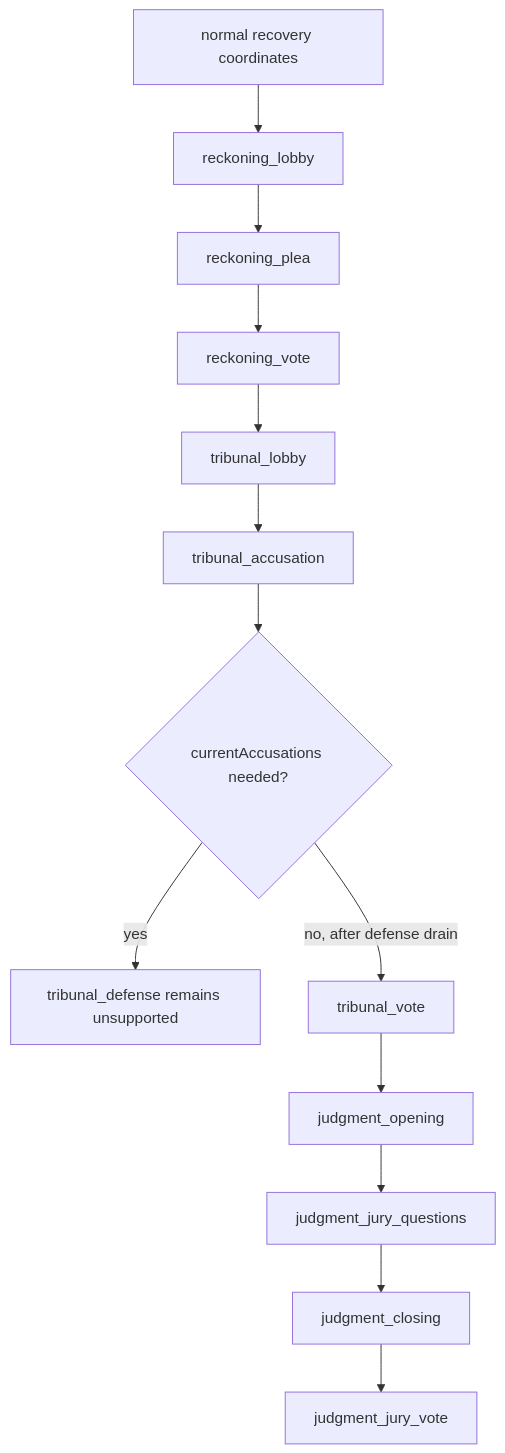
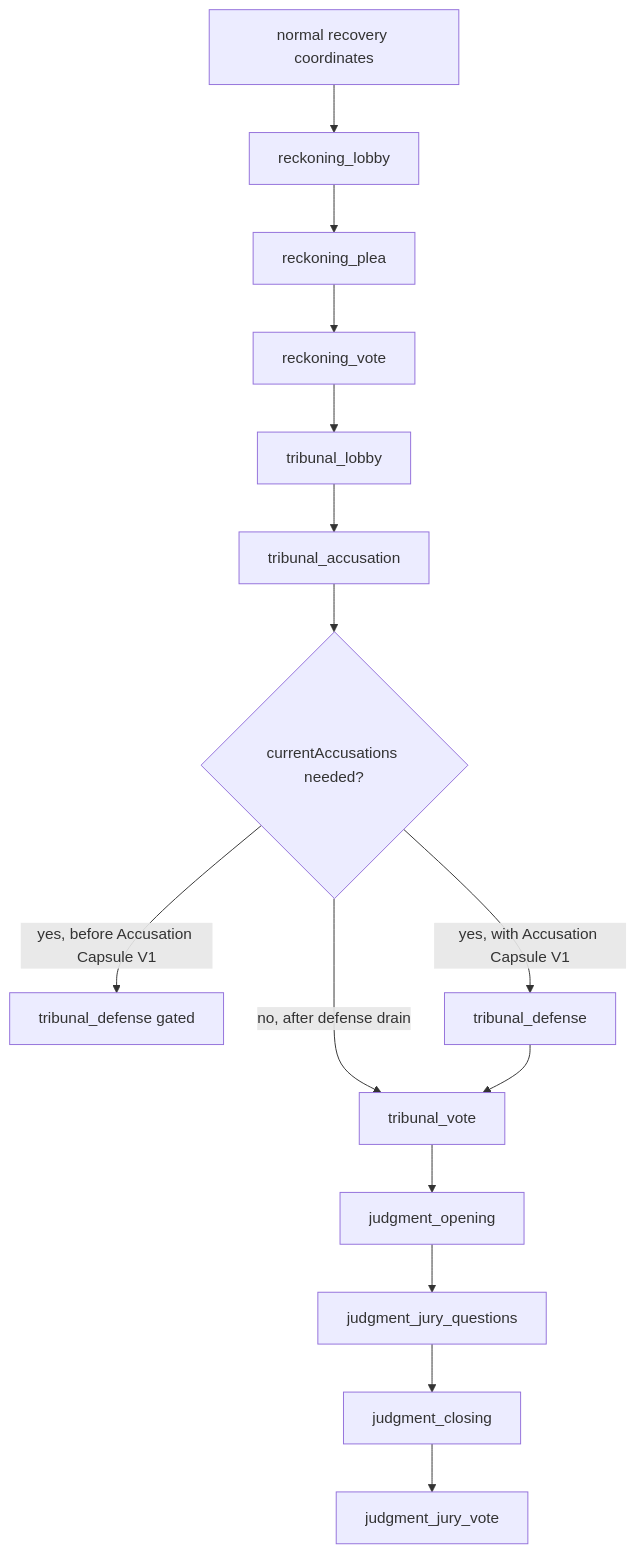
Before and after one commit to 0xFlicker/influence-game: the third of 3 diagrams in docs/plans/2026-06-30-002-feat-endgame-phase-boundary-recovery-plan.md, drawn with Mermaid. The commit also changed other lines of this file and 18 other files, not shown here.

````diff
--- a/docs/plans/2026-06-30-002-feat-endgame-phase-boundary-recovery-plan.md
+++ b/docs/plans/2026-06-30-002-feat-endgame-phase-boundary-recovery-plan.md
@@ -204,15 +204,17 @@
 ```mermaid
 flowchart TB
   A["normal recovery coordinates"] --> B["reckoning_lobby"]
   B --> C["reckoning_plea"]
   C --> D["reckoning_vote"]
   D --> E["tribunal_lobby"]
   E --> F["tribunal_accusation"]
   F --> G{"currentAccusations needed?"}
-  G -->|yes| H["tribunal_defense remains unsupported"]
-  G -->|no, after defense drain| I["tribunal_vote"]
-  I --> J["judgment_opening"]
-  J --> K["judgment_jury_questions"]
-  K --> L["judgment_closing"]
-  L --> M["judgment_jury_vote"]
+  G -->|yes, before Accusation Capsule V1| H["tribunal_defense gated"]
+  G -->|yes, with Accusation Capsule V1| I["tribunal_defense"]
+  G -->|no, after defense drain| J["tribunal_vote"]
+  I --> J
+  J --> K["judgment_opening"]
+  K --> L["judgment_jury_questions"]
+  L --> M["judgment_closing"]
+  M --> N["judgment_jury_vote"]
 ```
````
